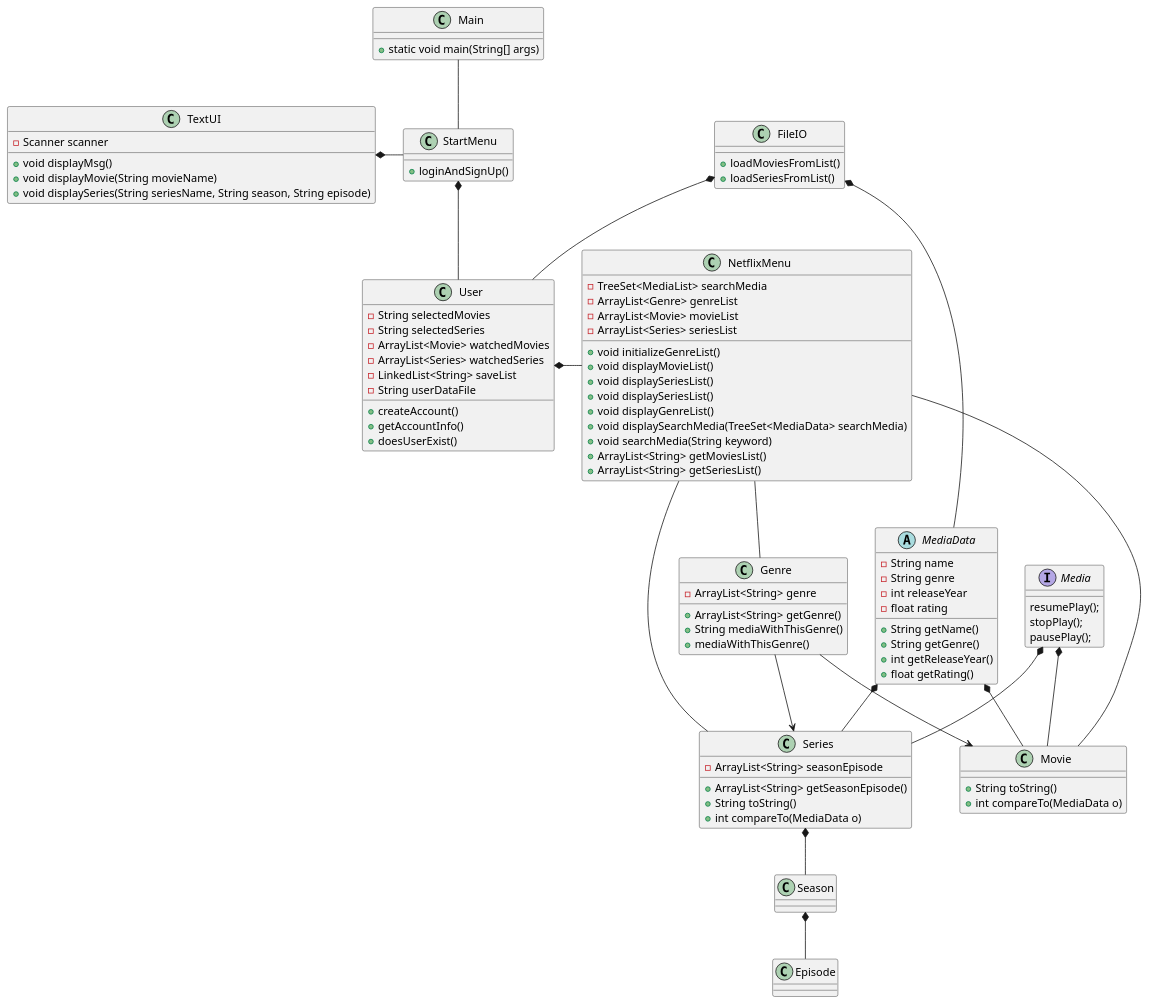
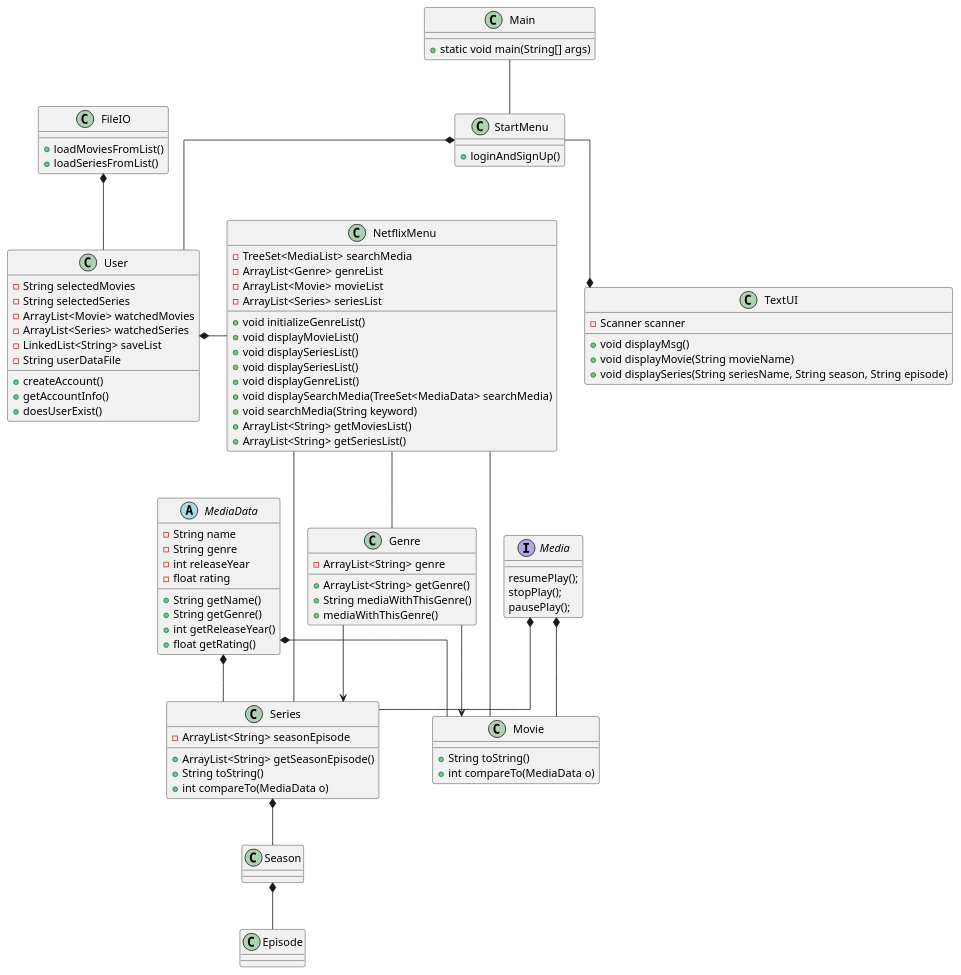
The diagram in Diagrams/SP3.puml (AerrowV/SP3_Netflix), drawn with PlantUML before and after one commit. The commit also changed 7 other files, not shown here.

```diff
--- a/Diagrams/SP3.puml
+++ b/Diagrams/SP3.puml
@@ -1,115 +1,118 @@
 @startuml
 'https://plantuml.com/class-diagram
+ skinparam linetype ortho
+
+
+
 
 class Main{
 + static void main(String[] args)
 }
 
 class StartMenu {
 + loginAndSignUp()
 
 }
 
 class User {
 - String selectedMovies
 - String selectedSeries
 - ArrayList<Movie> watchedMovies
 - ArrayList<Series> watchedSeries
 - LinkedList<String> saveList
 - String userDataFile
 + createAccount()
 + getAccountInfo()
 + doesUserExist()
 }
 
 class FileIO {
 + loadMoviesFromList()
 + loadSeriesFromList()
 }
 
 interface Media {
 resumePlay();
 stopPlay();
 pausePlay();
 
 }
 
 abstract MediaData{
 - String name
 - String genre
 - int releaseYear
 - float rating
 + String getName()
 + String getGenre()
 + int getReleaseYear()
 + float getRating()
 
 }
 
 class NetflixMenu {
 - TreeSet<MediaList> searchMedia
 - ArrayList<Genre> genreList
 - ArrayList<Movie> movieList
 - ArrayList<Series> seriesList
 + void initializeGenreList()
 + void displayMovieList()
 + void displaySeriesList()
 + void displaySeriesList()
 + void displayGenreList()
 + void displaySearchMedia(TreeSet<MediaData> searchMedia)
 + void searchMedia(String keyword)
 + ArrayList<String> getMoviesList()
 + ArrayList<String> getSeriesList()
 }
 
 class Movie {
 + String toString()
 + int compareTo(MediaData o)
 }
 
 class Genre {
 - ArrayList<String> genre
 + ArrayList<String> getGenre()
 + String mediaWithThisGenre()
 + mediaWithThisGenre()
 }
 
 class Series {
 - ArrayList<String> seasonEpisode
 + ArrayList<String> getSeasonEpisode()
 + String toString()
 + int compareTo(MediaData o)
 }
 
 class Season {
 }
 
 class Episode {
 }
 
 class TextUI {
 - Scanner scanner
 + void displayMsg()
 + void displayMovie(String movieName)
 + void displaySeries(String seriesName, String season, String episode)
 }
 
 Main -- StartMenu
 StartMenu *-- User
-TextUI *- StartMenu
+TextUI *-up- StartMenu
 User *- NetflixMenu
 NetflixMenu -- Movie
 NetflixMenu -- Series
 NetflixMenu -- Genre
 Genre --> Movie
 Genre --> Series
 Series *-- Season
 Season *-- Episode
 Media *-- Movie
 Media *-- Series
 FileIO *-- User
 MediaData *-- Movie
 MediaData *-- Series
-FileIO *-- MediaData
 
 @enduml
```
